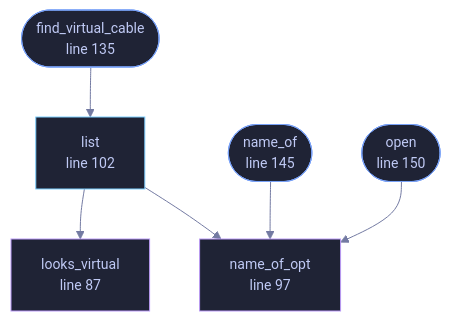
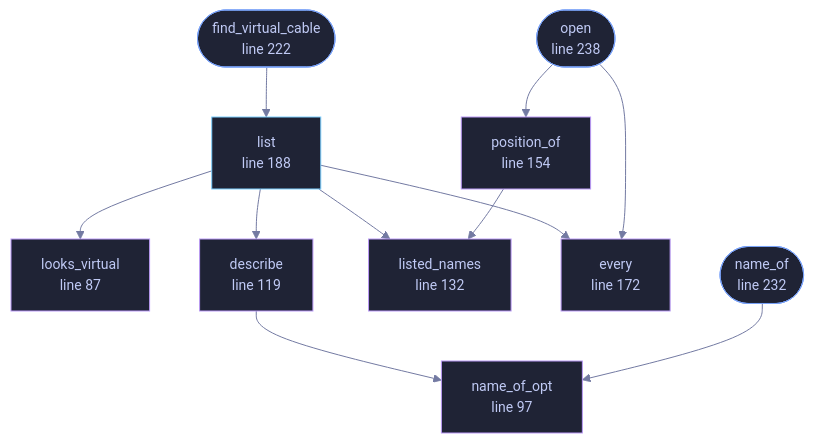
One commit to tilas01/veilvoice changed the diagram in docs/files/veilvoice-audio/devices.md. Above: the diagram before and after it, drawn with Mermaid. The commit also changed other lines of this file and 54 other files, not shown here.

````diff
--- a/docs/files/veilvoice-audio/devices.md
+++ b/docs/files/veilvoice-audio/devices.md
@@ -113,27 +117,40 @@
 ```mermaid
 %%{init: {"theme":"base","themeVariables":{"background":"#1a1b26","primaryColor":"#1f2335","primaryTextColor":"#c0caf5","primaryBorderColor":"#7aa2f7","secondaryColor":"#16161e","tertiaryColor":"#16161e","lineColor":"#737aa2","textColor":"#c0caf5","mainBkg":"#1f2335","nodeBorder":"#7aa2f7","clusterBkg":"#16161e","clusterBorder":"#2f3549","fontFamily":"ui-monospace, SFMono-Regular, Consolas, monospace","fontSize":"14px"}}}%%
 flowchart TD
     n_looks_virtual["looks_virtual<br/>line 87"]
     n_name_of_opt["name_of_opt<br/>line 97"]
-    n_list["list<br/>line 102"]
-    n_find_virtual_cable(["find_virtual_cable<br/>line 135"])
-    n_name_of(["name_of<br/>line 145"])
-    n_open(["open<br/>line 150"])
+    n_describe["describe<br/>line 119"]
+    n_listed_names["listed_names<br/>line 132"]
+    n_position_of["position_of<br/>line 154"]
+    n_every["every<br/>line 172"]
+    n_list["list<br/>line 188"]
+    n_find_virtual_cable(["find_virtual_cable<br/>line 222"])
+    n_name_of(["name_of<br/>line 232"])
+    n_open(["open<br/>line 238"])
+    n_describe --> n_name_of_opt
     n_find_virtual_cable --> n_list
+    n_list --> n_describe
+    n_list --> n_every
+    n_list --> n_listed_names
     n_list --> n_looks_virtual
-    n_list --> n_name_of_opt
     n_name_of --> n_name_of_opt
-    n_open --> n_name_of_opt
+    n_open --> n_every
+    n_open --> n_position_of
+    n_position_of --> n_listed_names
     click n_looks_virtual href "https://github.com/tilas01/veilvoice/blob/main/crates/veilvoice-audio/src/devices.rs#L87" "open the source"
     click n_name_of_opt href "https://github.com/tilas01/veilvoice/blob/main/crates/veilvoice-audio/src/devices.rs#L97" "open the source"
-    click n_list href "https://github.com/tilas01/veilvoice/blob/main/crates/veilvoice-audio/src/devices.rs#L102" "open the source"
-    click n_find_virtual_cable href "https://github.com/tilas01/veilvoice/blob/main/crates/veilvoice-audio/src/devices.rs#L135" "open the source"
-    click n_name_of href "https://github.com/tilas01/veilvoice/blob/main/crates/veilvoice-audio/src/devices.rs#L145" "open the source"
-    click n_open href "https://github.com/tilas01/veilvoice/blob/main/crates/veilvoice-audio/src/devices.rs#L150" "open the source"
+    click n_describe href "https://github.com/tilas01/veilvoice/blob/main/crates/veilvoice-audio/src/devices.rs#L119" "open the source"
+    click n_listed_names href "https://github.com/tilas01/veilvoice/blob/main/crates/veilvoice-audio/src/devices.rs#L132" "open the source"
+    click n_position_of href "https://github.com/tilas01/veilvoice/blob/main/crates/veilvoice-audio/src/devices.rs#L154" "open the source"
+    click n_every href "https://github.com/tilas01/veilvoice/blob/main/crates/veilvoice-audio/src/devices.rs#L172" "open the source"
+    click n_list href "https://github.com/tilas01/veilvoice/blob/main/crates/veilvoice-audio/src/devices.rs#L188" "open the source"
+    click n_find_virtual_cable href "https://github.com/tilas01/veilvoice/blob/main/crates/veilvoice-audio/src/devices.rs#L222" "open the source"
+    click n_name_of href "https://github.com/tilas01/veilvoice/blob/main/crates/veilvoice-audio/src/devices.rs#L232" "open the source"
+    click n_open href "https://github.com/tilas01/veilvoice/blob/main/crates/veilvoice-audio/src/devices.rs#L238" "open the source"
     classDef entry fill:#1f2335,stroke:#7aa2f7,color:#c0caf5
     class n_find_virtual_cable,n_name_of,n_open entry
     classDef api fill:#1f2335,stroke:#7dcfff,color:#c0caf5
     class n_list api
     classDef helper fill:#1f2335,stroke:#bb9af7,color:#c0caf5
-    class n_looks_virtual,n_name_of_opt helper
+    class n_looks_virtual,n_name_of_opt,n_describe,n_listed_names,n_position_of,n_every helper
 ```
````
